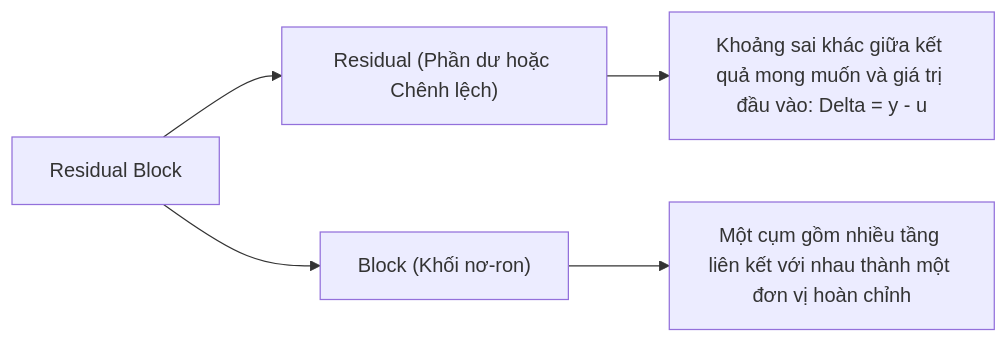
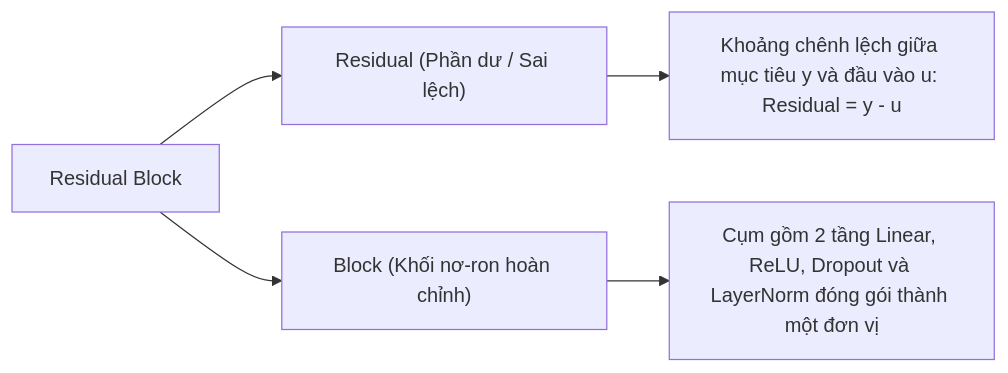
One commit to snowflake-vibing/Project-Experimental-TiDE changed the second of 5 diagrams in doc/glossary/residual_block.md. Above: the diagram before and after it, drawn with Mermaid. The commit also changed other lines of this file, not shown here.

Commit message:
docs(glossary): rewrite residual_block.md with e-bike and power grid numerical analogies

````diff
--- a/doc/glossary/residual_block.md
+++ b/doc/glossary/residual_block.md
@@ -44,9 +58,9 @@
 ```mermaid
 flowchart LR
     Term["Residual Block"]
-    Term --> P1["Residual (Phần dư hoặc Chênh lệch)"]
-    Term --> P2["Block (Khối nơ-ron)"]
+    Term --> P1["Residual (Phần dư / Sai lệch)"]
+    Term --> P2["Block (Khối nơ-ron hoàn chỉnh)"]
 
-    P1 --> D1["Khoảng sai khác giữa kết quả mong muốn và giá trị đầu vào: Delta = y - u"]
-    P2 --> D2["Một cụm gồm nhiều tầng liên kết với nhau thành một đơn vị hoàn chỉnh"]
+    P1 --> D1["Khoảng chênh lệch giữa mục tiêu y và đầu vào u: Residual = y - u"]
+    P2 --> D2["Cụm gồm 2 tầng Linear, ReLU, Dropout và LayerNorm đóng gói thành một đơn vị"]
 ```
````
